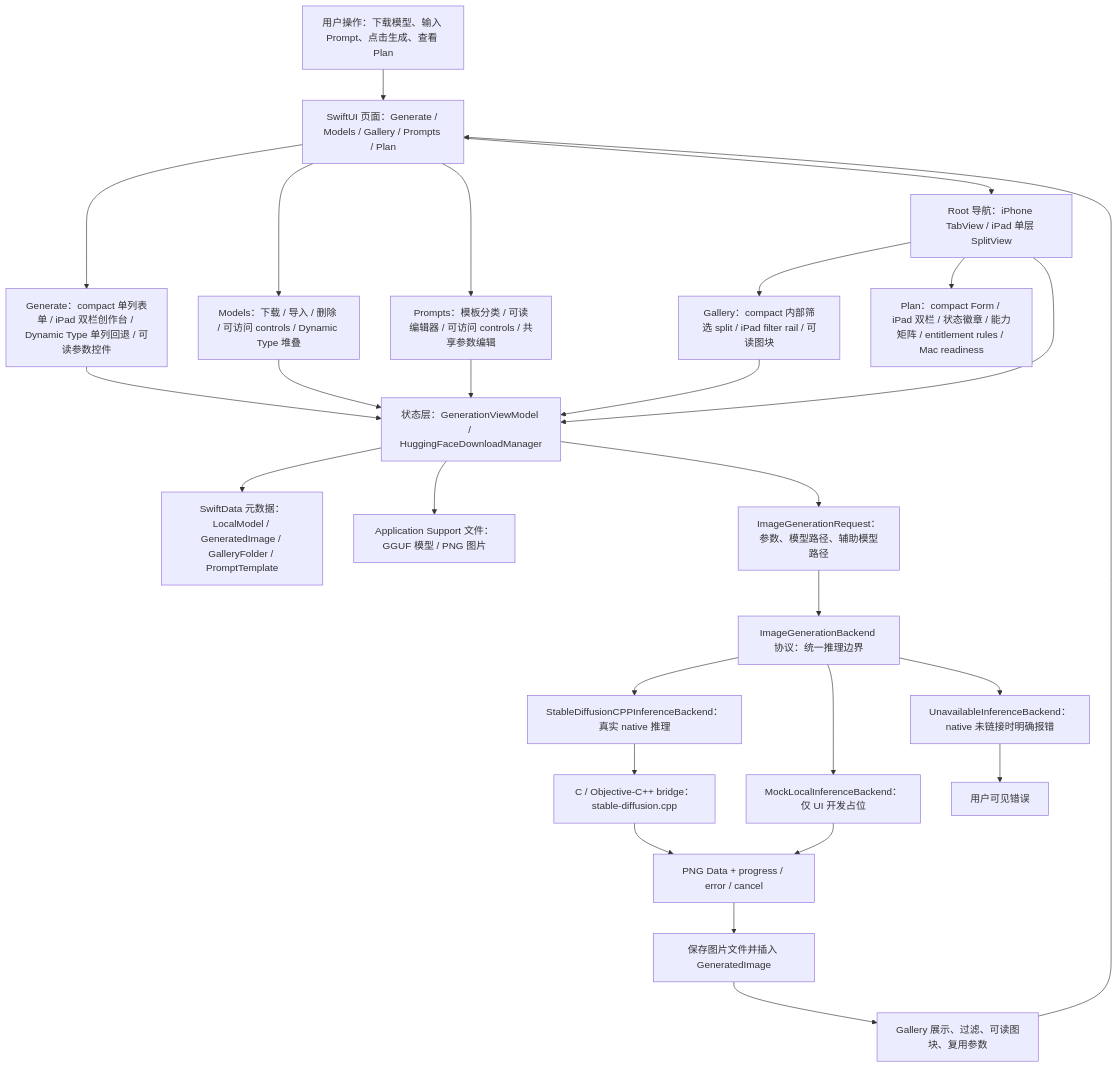
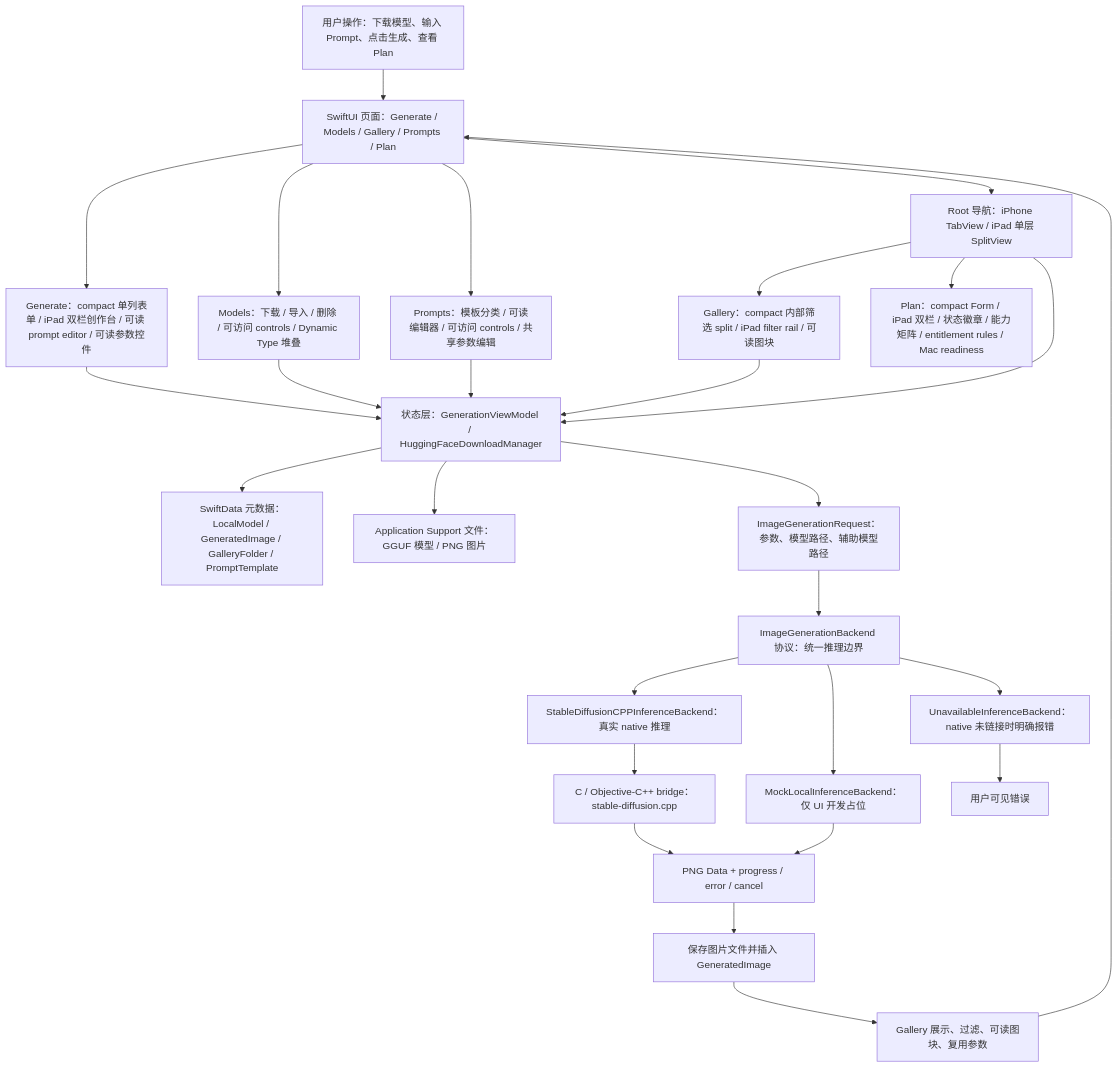
The first of 7 diagrams in md/flow/flowchart.md (Altman-sam114/118), drawn with Mermaid before and after one commit. The commit also changed 5 other files, not shown here.

````diff
--- a/md/flow/flowchart.md
+++ b/md/flow/flowchart.md
@@ -9,29 +9,29 @@
 ```mermaid
 flowchart TD
   U["用户操作：下载模型、输入 Prompt、点击生成、查看 Plan"] --> UI["SwiftUI 页面：Generate / Models / Gallery / Prompts / Plan"]
-  UI --> GENUI["Generate：compact 单列表单 / iPad 双栏创作台 / Dynamic Type 单列回退 / 可读参数控件"]
+  UI --> GENUI["Generate：compact 单列表单 / iPad 双栏创作台 / 可读 prompt editor / 可读参数控件"]
   UI --> MODELUI["Models：下载 / 导入 / 删除 / 可访问 controls / Dynamic Type 堆叠"]
   UI --> PROMPTUI["Prompts：模板分类 / 可读编辑器 / 可访问 controls / 共享参数编辑"]
   UI --> NAV["Root 导航：iPhone TabView / iPad 单层 SplitView"]
   NAV --> GALUI["Gallery：compact 内部筛选 split / iPad filter rail / 可读图块"]
   NAV --> PLANUI["Plan：compact Form / iPad 双栏 / 状态徽章 / 能力矩阵 / entitlement rules / Mac readiness"]
   NAV --> VM["状态层：GenerationViewModel / HuggingFaceDownloadManager"]
   GENUI --> VM
   MODELUI --> VM
   PROMPTUI --> VM
   GALUI --> VM
   VM --> SD["SwiftData 元数据：LocalModel / GeneratedImage / GalleryFolder / PromptTemplate"]
   VM --> FS["Application Support 文件：GGUF 模型 / PNG 图片"]
   VM --> REQ["ImageGenerationRequest：参数、模型路径、辅助模型路径"]
   REQ --> IFACE["ImageGenerationBackend 协议：统一推理边界"]
   IFACE --> NATIVE["StableDiffusionCPPInferenceBackend：真实 native 推理"]
   IFACE --> MOCK["MockLocalInferenceBackend：仅 UI 开发占位"]
   IFACE --> OFF["UnavailableInferenceBackend：native 未链接时明确报错"]
   NATIVE --> BRIDGE["C / Objective-C++ bridge：stable-diffusion.cpp"]
   BRIDGE --> PNG["PNG Data + progress / error / cancel"]
   MOCK --> PNG
   OFF --> ERR["用户可见错误"]
   PNG --> SAVE["保存图片文件并插入 GeneratedImage"]
   SAVE --> GALLERY["Gallery 展示、过滤、可读图块、复用参数"]
   GALLERY --> UI
 ```
````
